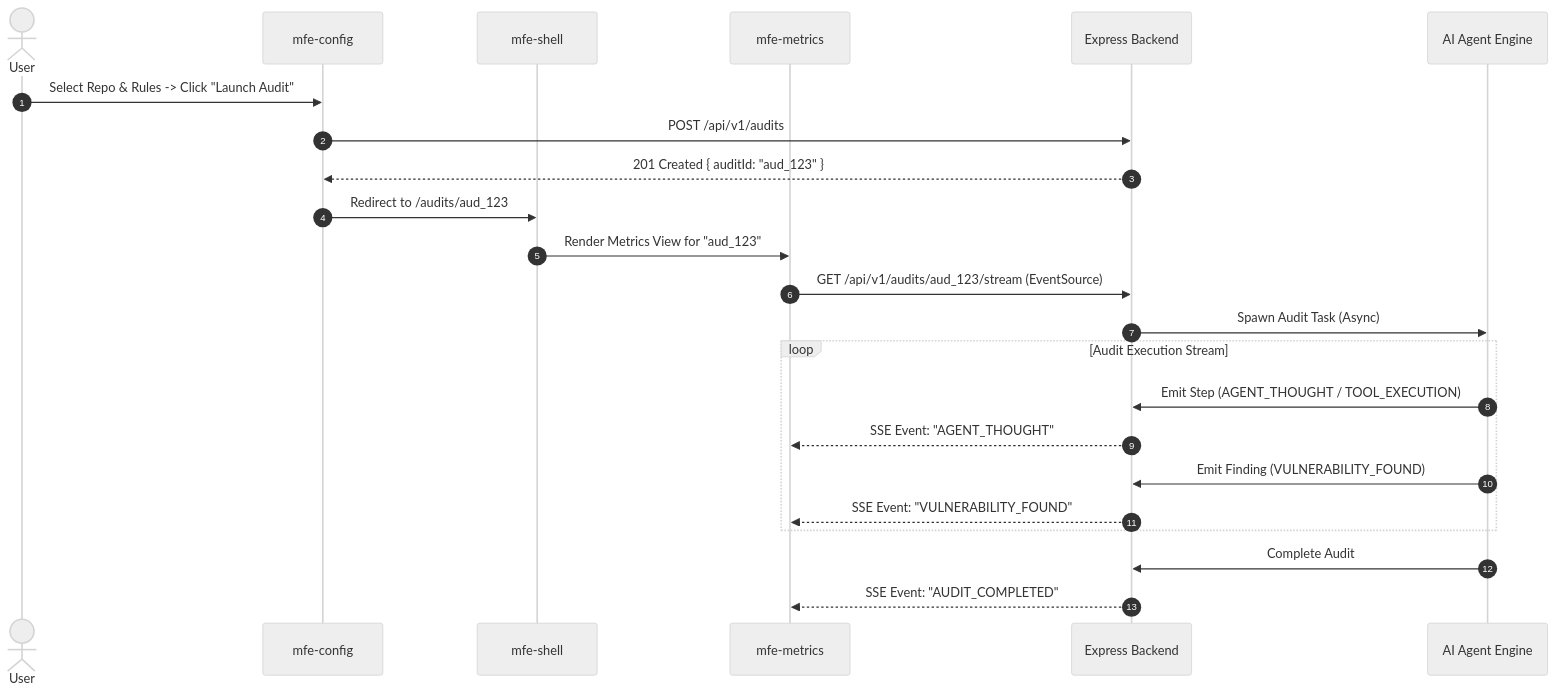
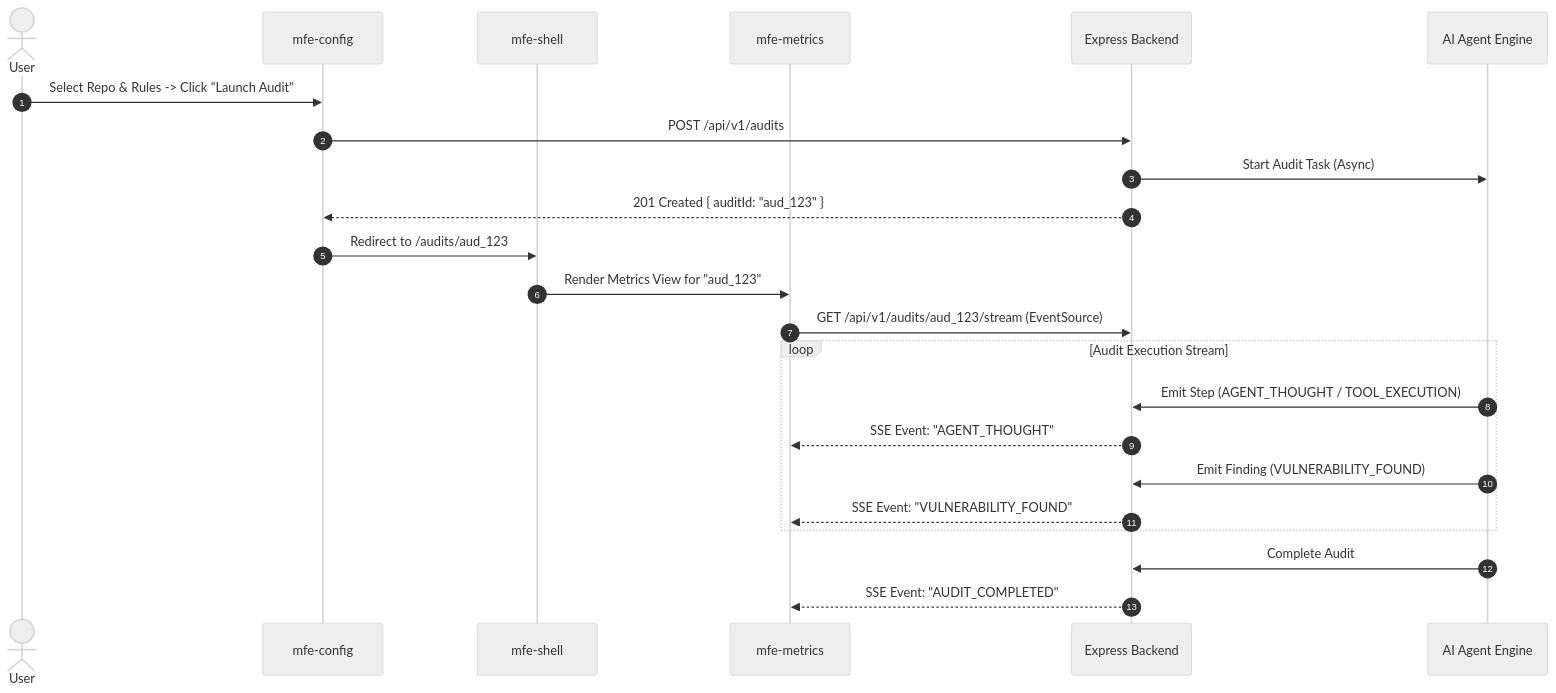
Before and after one commit to anavasm/sentinel-sdd: the second of 2 diagrams in docs/ARCHITECTURE.md, drawn with Mermaid (neutral theme). The commit also changed other lines of this file and 23 other files, not shown here.

Commit message:
docs: align architecture and contracts with implementation

````diff
--- a/docs/ARCHITECTURE.md
+++ b/docs/ARCHITECTURE.md
@@ -63,29 +64,29 @@
 ```mermaid
 sequenceDiagram
     autonumber
     actor User
     participant Config as mfe-config
     participant Shell as mfe-shell
     participant Metrics as mfe-metrics
     participant Server as Express Backend
     participant Agent as AI Agent Engine
 
     User->>Config: Select Repo & Rules -> Click "Launch Audit"
     Config->>Server: POST /api/v1/audits
+    Server->>Agent: Start Audit Task (Async)
     Server-->>Config: 201 Created { auditId: "aud_123" }
     Config->>Shell: Redirect to /audits/aud_123
     Shell->>Metrics: Render Metrics View for "aud_123"
 
     Metrics->>Server: GET /api/v1/audits/aud_123/stream (EventSource)
-    Server->>Agent: Spawn Audit Task (Async)
 
     loop Audit Execution Stream
         Agent->>Server: Emit Step (AGENT_THOUGHT / TOOL_EXECUTION)
         Server-->>Metrics: SSE Event: "AGENT_THOUGHT"
         Agent->>Server: Emit Finding (VULNERABILITY_FOUND)
         Server-->>Metrics: SSE Event: "VULNERABILITY_FOUND"
     end
 
     Agent->>Server: Complete Audit
     Server-->>Metrics: SSE Event: "AUDIT_COMPLETED"
 ```
````
